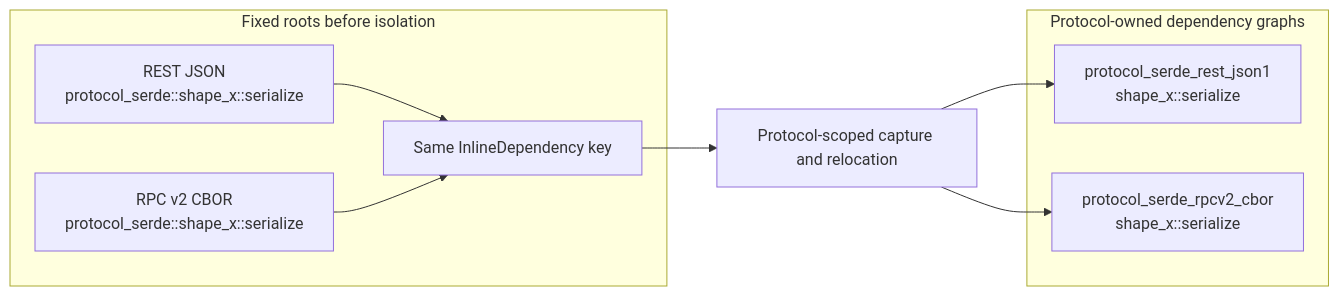
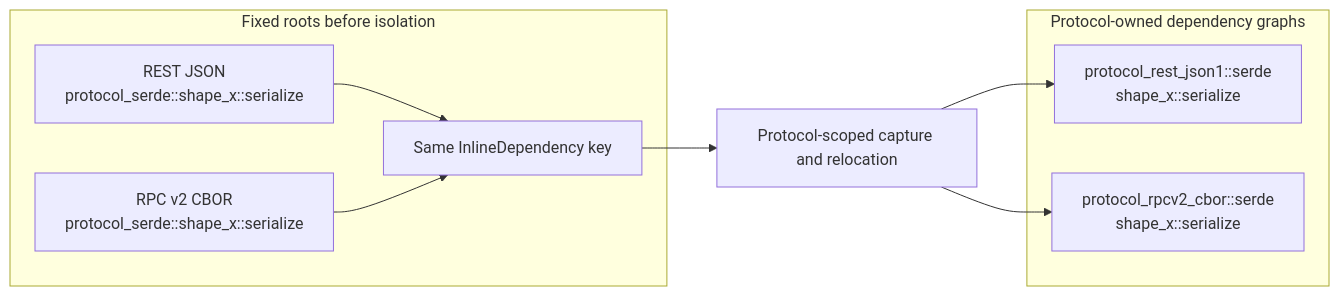
Before and after one commit to smithy-lang/smithy-rs: the third of 3 diagrams in design/src/server/multi_protocol_codegen.md, drawn with Mermaid. The commit also changed other lines of this file and 12 other files, not shown here.

````diff
--- a/design/src/server/multi_protocol_codegen.md
+++ b/design/src/server/multi_protocol_codegen.md
@@ -216,20 +228,20 @@
 ```mermaid
 flowchart LR
     subgraph Before["Fixed roots before isolation"]
         A1["REST JSON<br/>protocol_serde::shape_x::serialize"]
         A2["RPC v2 CBOR<br/>protocol_serde::shape_x::serialize"]
         Collision["Same InlineDependency key"]
         A1 --> Collision
         A2 --> Collision
     end
 
     Collision --> Scope["Protocol-scoped capture and relocation"]
 
     subgraph After["Protocol-owned dependency graphs"]
-        B1["protocol_serde_rest_json1<br/>shape_x::serialize"]
-        B2["protocol_serde_rpcv2_cbor<br/>shape_x::serialize"]
+        B1["protocol_rest_json1::serde<br/>shape_x::serialize"]
+        B2["protocol_rpcv2_cbor::serde<br/>shape_x::serialize"]
     end
 
     Scope --> B1
     Scope --> B2
 ```
````
